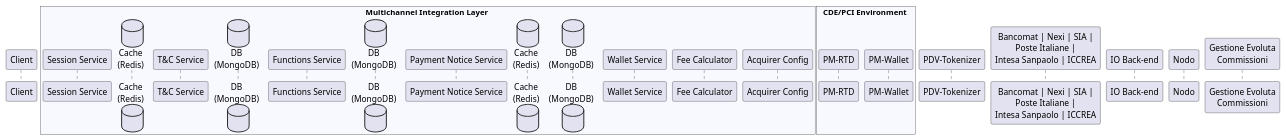
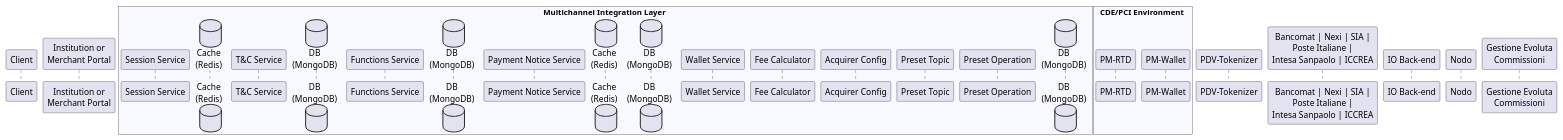
The diagram in sequence_diags/common/actors.puml (pagopa/mil-diags), drawn with PlantUML before and after one commit. The commit also changed 70 other files, not shown here.

First line of the commit message:
Preset operation service

```diff
--- a/sequence_diags/common/actors.puml
+++ b/sequence_diags/common/actors.puml
@@ -1,33 +1,40 @@
 participant "Client" as Client
+
+participant "Institution or\nMerchant Portal" as Portal
 
 box Multichannel Integration Layer #GhostWhite
 	participant "Session Service" as SessionSrv
 	database "Cache\n(Redis)" as SessionCache
 	
 	participant "T&C Service" as TCSrv
 	database "DB\n(MongoDB)" as TCDB
 	
 	participant "Functions Service" as FunctionSrv
 	database "DB\n(MongoDB)" as FunctionDB
 	
 	participant "Payment Notice Service" as NoticeSrv
 	database "Cache\n(Redis)" as NoticeCache
 	database "DB\n(MongoDB)" as NoticeDB
 	
 	participant "Wallet Service" as WalletWrp
 
 	participant "Fee Calculator" as FeeSrv
 	
 	participant "Acquirer Config" as AcqConf
+	
+	participant "Preset Topic" as PresetTpc
+	
+	participant "Preset Operation" as PresetSrv
+	database "DB\n(MongoDB)" as PresetDB
 end box
 
 box CDE/PCI Environment #GhostWhite
 	participant "PM-RTD" as PANTokenizer
 	participant "PM-Wallet" as Wallet
 end box
 
 participant "PDV-Tokenizer" as Tokenizer
 participant "Bancomat | Nexi | SIA |\nPoste Italiane |\nIntesa Sanpaolo | ICCREA" as ServiceCenter
 participant "IO Back-end" as IO
 participant "Nodo" as Nodo
 participant "Gestione Evoluta\nCommissioni" as GEC
```
